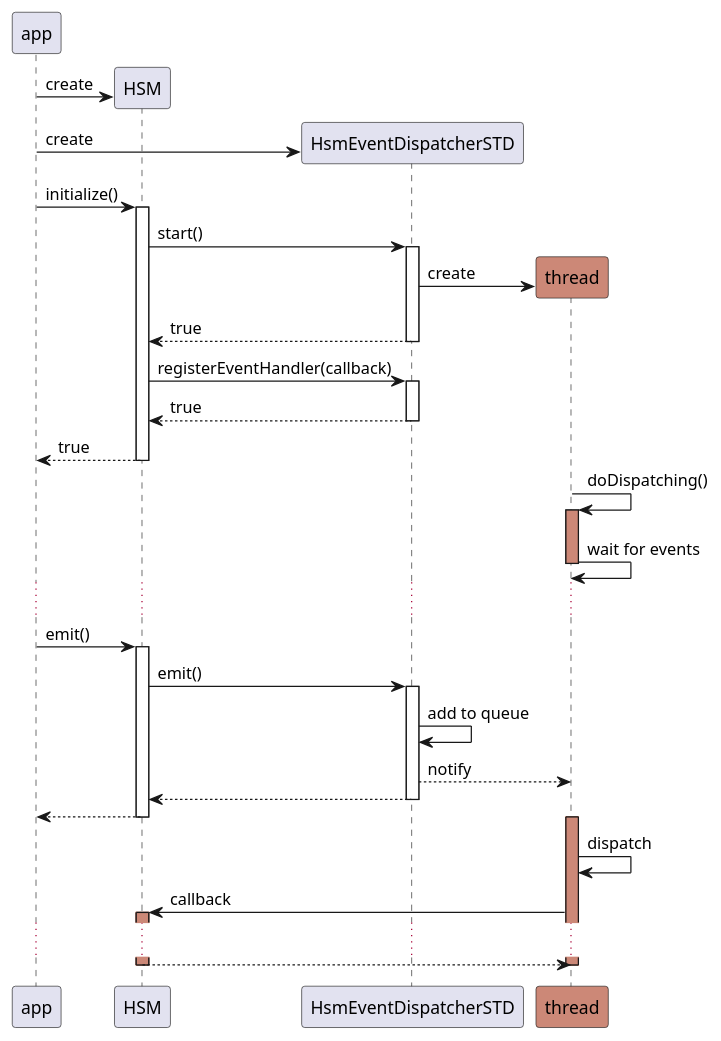
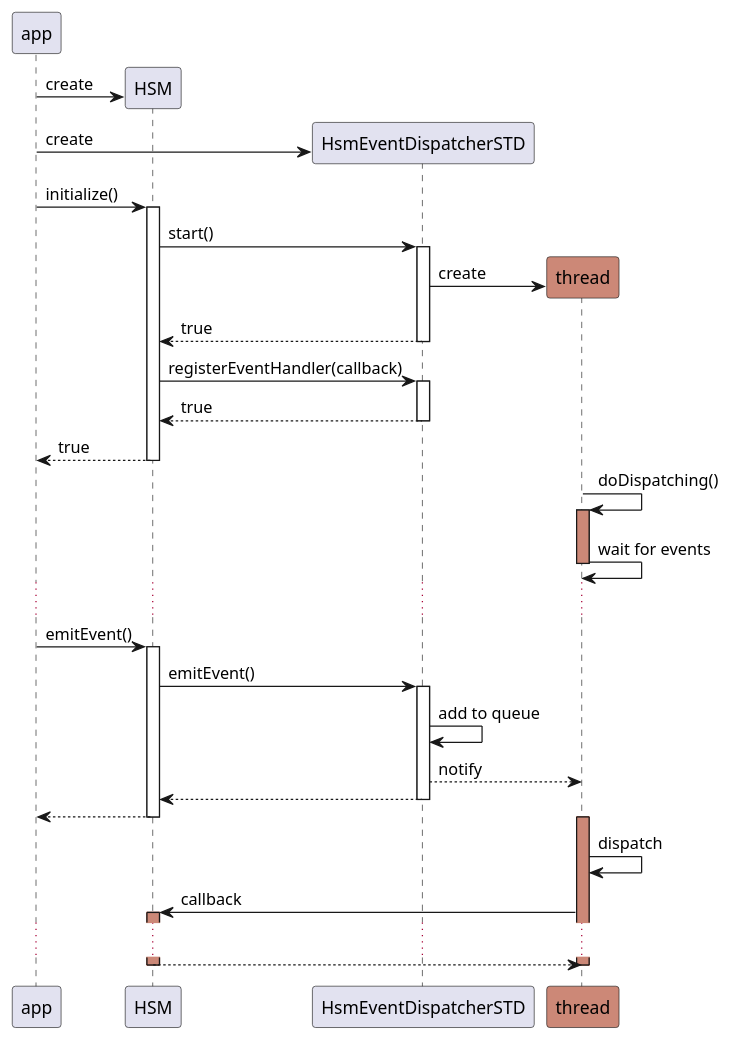
The diagram in doc/diagrams/wiki_dispatchers_std.plantuml (igor-krechetov/hsmcpp), drawn with PlantUML before and after one commit. The commit also changed 29 other files, not shown here.

```diff
--- a/doc/diagrams/wiki_dispatchers_std.plantuml
+++ b/doc/diagrams/wiki_dispatchers_std.plantuml
@@ -1,47 +1,47 @@
 @startuml
 
 participant app
 participant HSM
 participant HsmEventDispatcherSTD as std
 participant thread #CC8877
 
 create HSM
 app -> HSM: create
 
 create std
 app -> std: create
 
 app -> HSM ++: initialize()
   HSM -> std ++: start()
     std -> thread **: create
   return true
 
   HSM -> std ++: registerEventHandler(callback)
   return true
 return true
 
 thread -> thread: doDispatching()
 activate thread #CC8877
 thread -> thread: wait for events
 deactivate thread
 
 ...
 
-app -> HSM ++: emit()
-  HSM -> std ++: emit()
+app -> HSM ++: emitEvent()
+  HSM -> std ++: emitEvent()
     std -> std: add to queue
     std --> thread: notify
   return
 return
 
 activate thread #CC8877
 thread -> thread: dispatch
   thread -> HSM: callback
   activate HSM #CC8877
   ...
   HSM --> thread
   deactivate HSM
 deactivate thread
 
 
 @enduml
```
